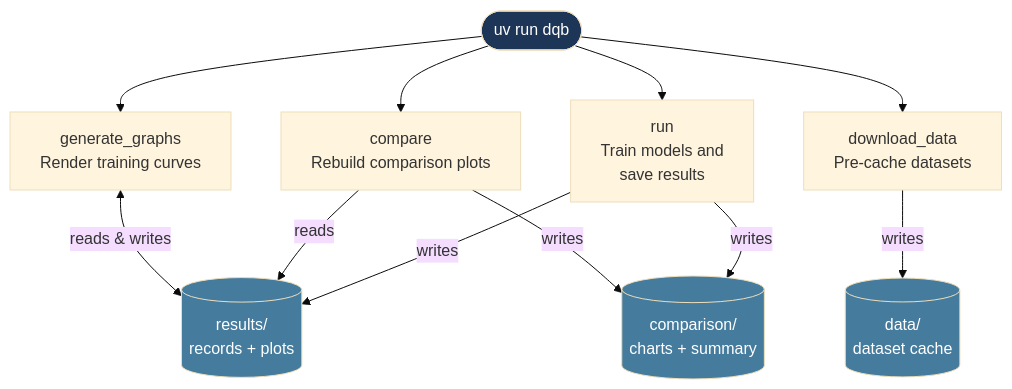
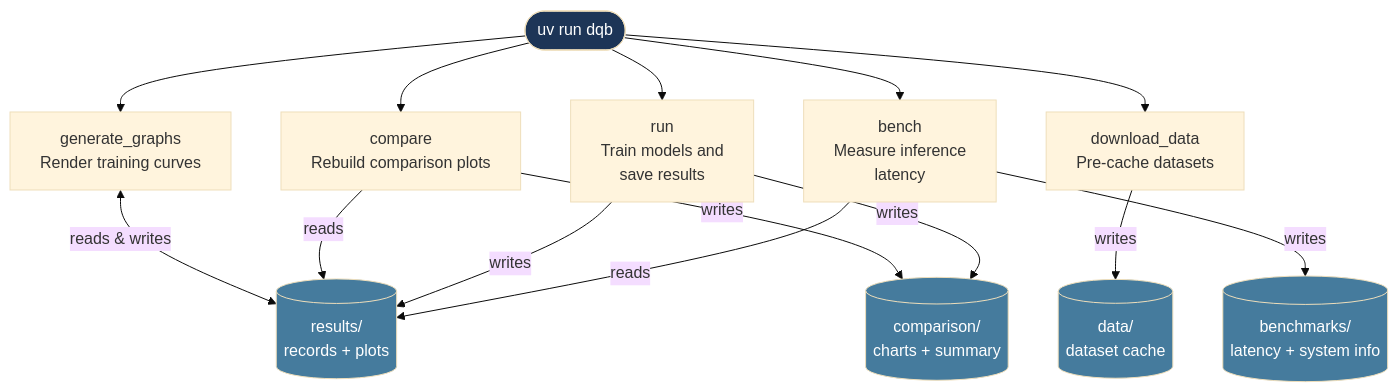
The seventh of 7 diagrams in information/CLI_DIAGRAMS.md (VG-Fish/PerforatedAI-Quantization-Experiment), drawn with Mermaid (base theme) before and after one commit. The commit also changed other lines of this file and 4 other files, not shown here.

````diff
--- a/information/CLI_DIAGRAMS.md
+++ b/information/CLI_DIAGRAMS.md
@@ -270,30 +333,36 @@
 ```mermaid
 flowchart TD
     CLI([uv run dqb])
     
     GG["generate_graphs<br>Render training curves"]
     CMP["compare<br>Rebuild comparison plots"]
     RUN["run<br>Train models and<br>save results"]
     DL["download_data<br>Pre-cache datasets"]
+    BEN["bench<br>Measure inference<br>latency"]
 
     RES[("results/<br>records + plots")]
     COM[("comparison/<br>charts + summary")]
     DAT[("data/<br>dataset cache")]
+    BEN_OUT[("benchmarks/<br>latency + system info")]
 
     CLI --> GG
     CLI --> CMP
     CLI --> RUN
     CLI --> DL
+    CLI --> BEN
 
     GG <-->|reads & writes| RES
     CMP -->|reads| RES
     CMP -->|writes| COM
     RUN -->|writes| RES
     RUN -->|writes| COM
     DL -->|writes| DAT
+    BEN -->|reads| RES
+    BEN -->|writes| BEN_OUT
 
     style CLI fill:#1d3557,color:#fff
     style RES fill:#457b9d,color:#fff
     style COM fill:#457b9d,color:#fff
     style DAT fill:#457b9d,color:#fff
+    style BEN_OUT fill:#457b9d,color:#fff
 ```
````
